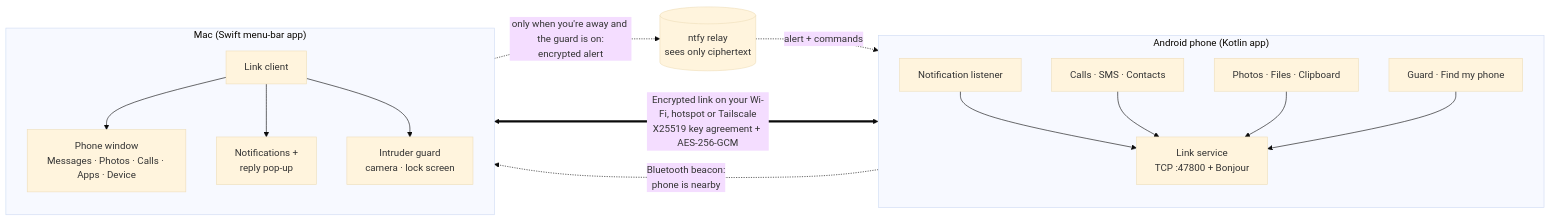
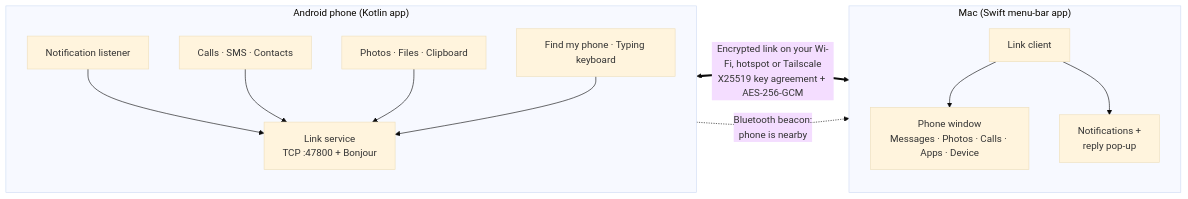
One commit to Abhinavchitturi/PhoneBridge changed the first of 2 diagrams in README.md. Above: the diagram before and after it, drawn with Mermaid (base theme). The commit also changed other lines of this file and 105 other files, not shown here.

First line of the commit message:
Themes and a cleaner look; remove the intruder guard

````diff
--- a/README.md
+++ b/README.md
@@ -23,29 +25,25 @@
 ```mermaid
 flowchart LR
   subgraph Phone["Android phone (Kotlin app)"]
     direction TB
     N["Notification listener"]
     C["Calls · SMS · Contacts"]
     P["Photos · Files · Clipboard"]
-    G["Guard · Find my phone"]
+    G["Find my phone · Typing keyboard"]
     PL["Link service<br/>TCP :47800 + Bonjour"]
     N --> PL
     C --> PL
     P --> PL
     G --> PL
   end
   subgraph Mac["Mac (Swift menu-bar app)"]
     direction TB
     ML["Link client"]
     UI["Phone window<br/>Messages · Photos · Calls · Apps · Device"]
     NT["Notifications +<br/>reply pop-up"]
-    GM["Intruder guard<br/>camera · lock screen"]
     ML --> UI
     ML --> NT
-    ML --> GM
   end
   PL <== "Encrypted link on your Wi-Fi, hotspot or Tailscale<br/>X25519 key agreement + AES-256-GCM" ==> ML
   PL -. "Bluetooth beacon:<br/>phone is nearby" .-> Mac
-  GM -. "only when you're away and the guard is on:<br/>encrypted alert" .-> R[("ntfy relay<br/>sees only ciphertext")]
-  R -. "alert + commands" .-> G
 ```
````
